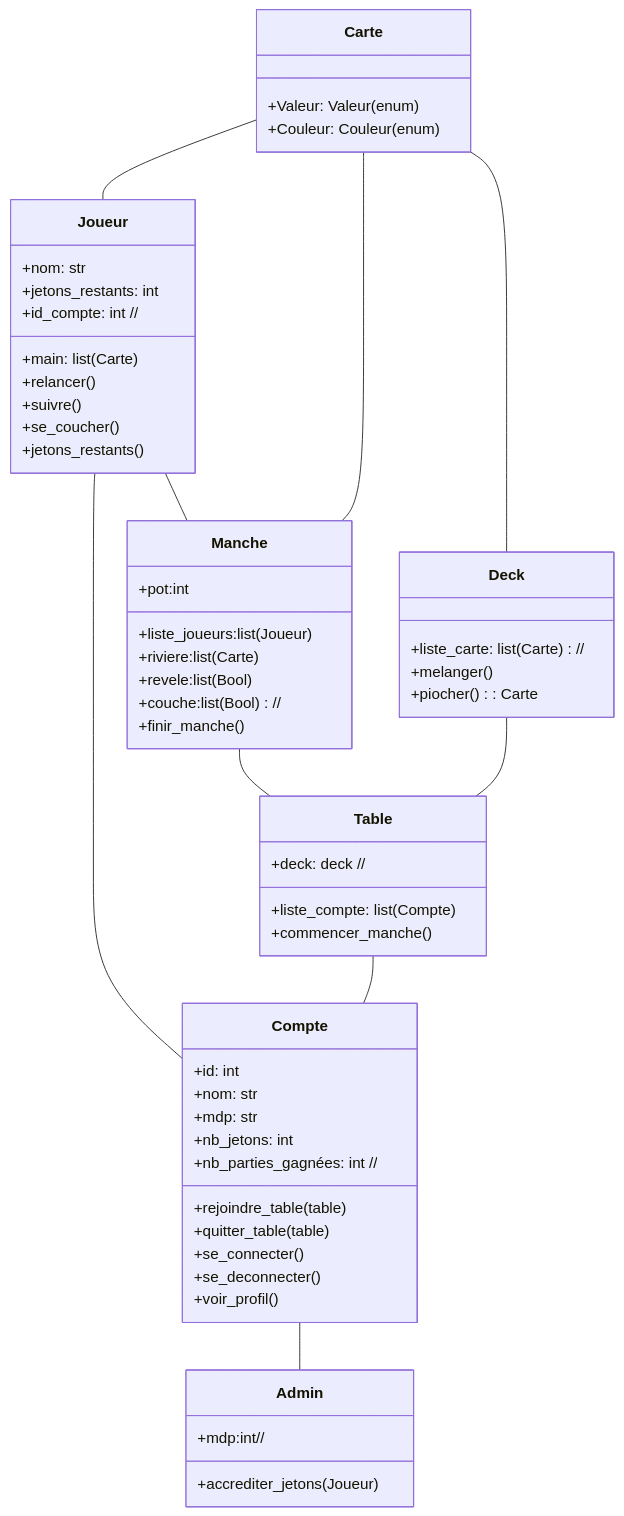
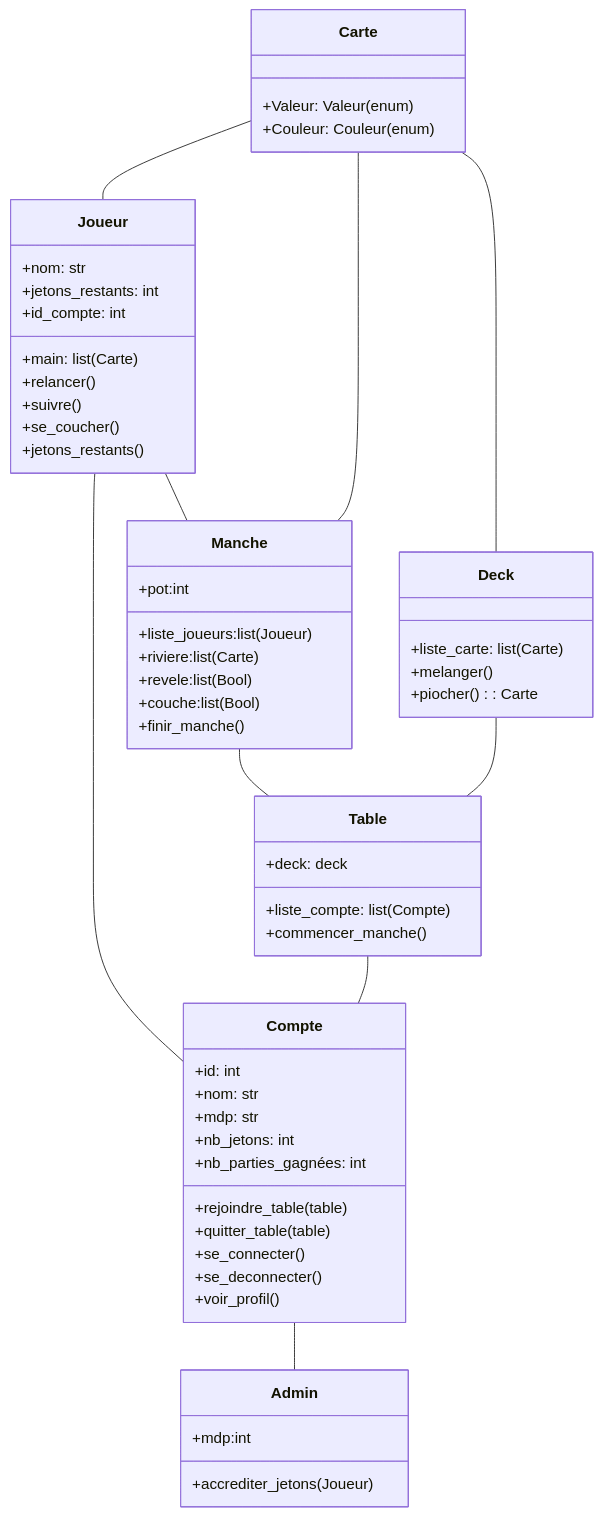
The diagram in doc/diag_classes.md (MrJoy27/ENSAI-2A-projet-info), drawn with Mermaid before and after one commit.

Commit message:
correction typo diagramme_calsse

````diff
--- a/doc/diag_classes.md
+++ b/doc/diag_classes.md
@@ -17,67 +17,67 @@
 ```mermaid
 classDiagram
     class Joueur {
       +nom: str
       +main: list(Carte)
       +jetons_restants: int
-      +id_compte: int //
+      +id_compte: int 
       +relancer()
       +suivre()
       +se_coucher()
       +jetons_restants()
     }
     
     class Carte {
       +Valeur: Valeur(enum)
       +Couleur: Couleur(enum)
     }
     
     class Manche {
       +liste_joueurs:list(Joueur)
       +pot:int
       +riviere:list(Carte)
       +revele:list(Bool)
-      +couche:list(Bool)//
+      +couche:list(Bool)
       +finir_manche()
     }
 
     class Table {
       +liste_compte: list(Compte)
-      +deck: deck //
+      +deck: deck 
       +commencer_manche()
     }
     
     class Compte {
       +id: int
       +nom: str
       +mdp: str
       +nb_jetons: int
-      +nb_parties_gagnées: int //
+      +nb_parties_gagnées: int 
       +rejoindre_table(table)
       +quitter_table(table)
       +se_connecter()
       +se_deconnecter()
       +voir_profil()
     }
 
     class Admin {
-      +mdp:int//
+      +mdp:int
       +accrediter_jetons(Joueur)
     }
 
     class Deck {
-      +liste_carte: list(Carte)//
+      +liste_carte: list(Carte)
       +melanger()
       +piocher(): Carte
     }
 
     Carte -- Joueur
     Carte -- Manche
     Carte -- Deck
     Deck -- Table
     Joueur -- Compte
     Joueur -- Manche
     Manche -- Table
     Table -- Compte
     Compte -- Admin
 ```
````
